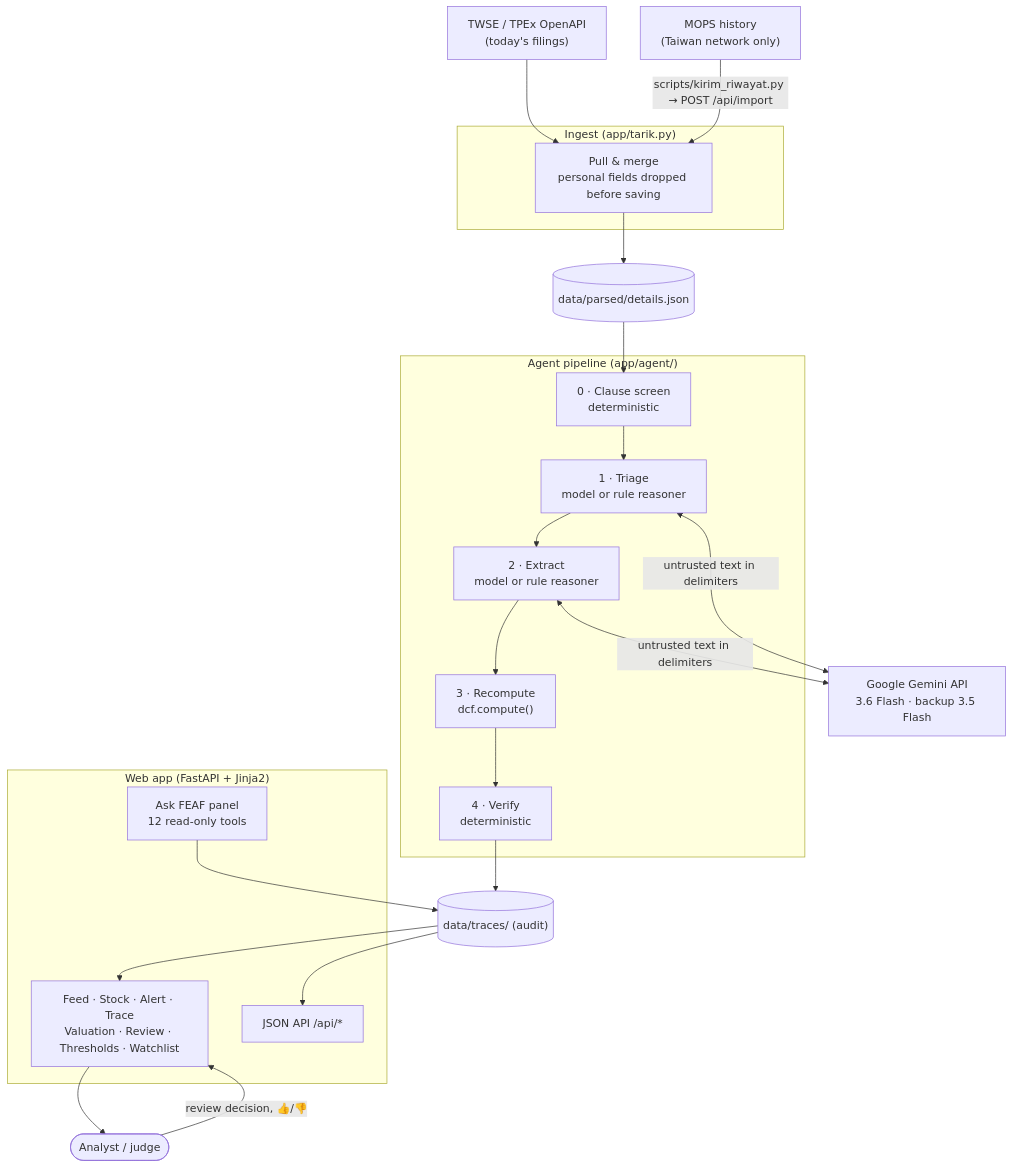
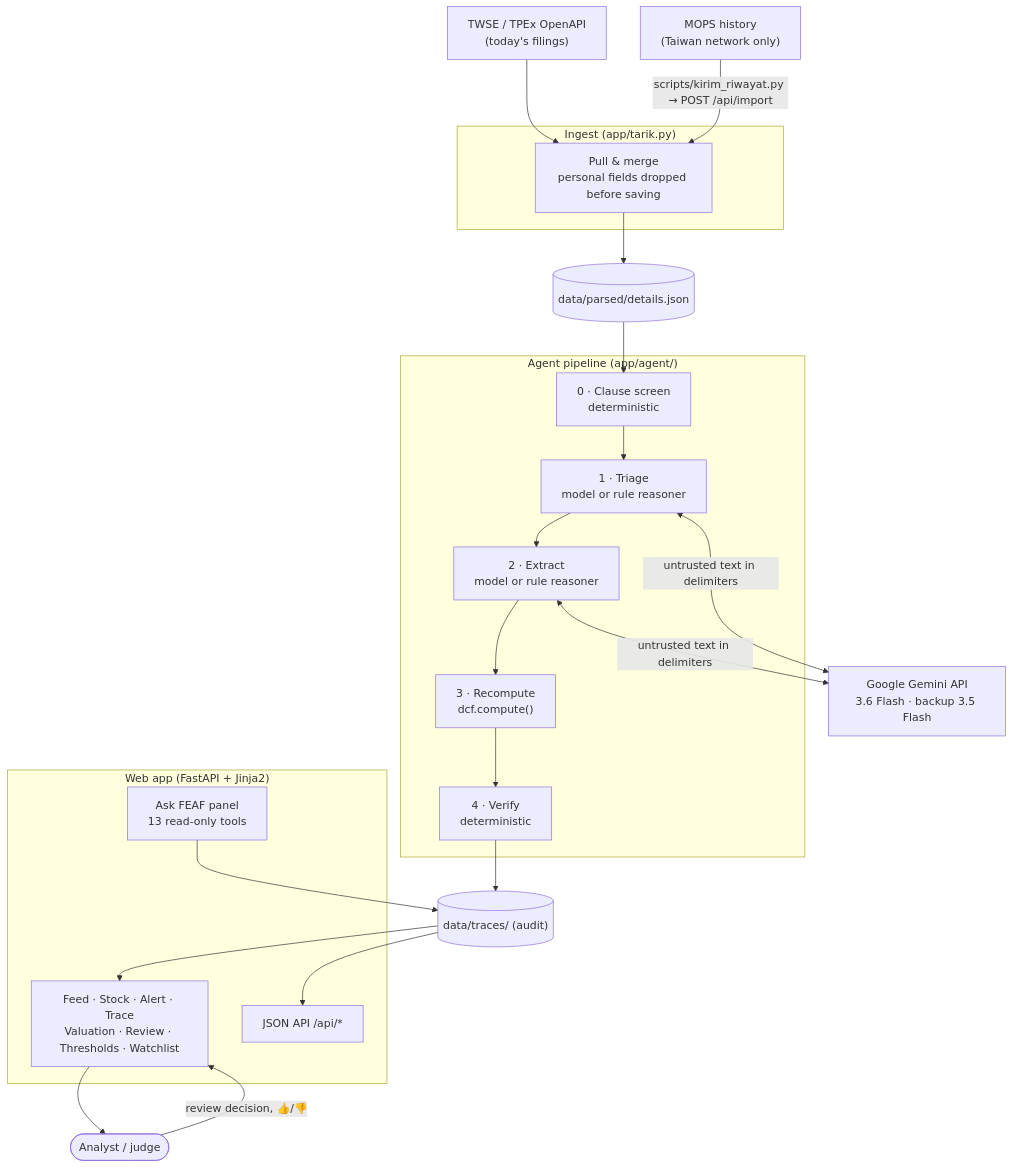
The first of 3 diagrams in README.md (Kenfinn/feaf), drawn with Mermaid before and after one commit. The commit also changed other lines of this file and 3 other files, not shown here.

````diff
--- a/README.md
+++ b/README.md
@@ -70,35 +83,35 @@
 ```mermaid
 graph TD
     TWSE["TWSE / TPEx OpenAPI<br/>(today's filings)"] --> Pull
     MOPS["MOPS history<br/>(Taiwan network only)"] -->|scripts/kirim_riwayat.py → POST /api/import| Pull
 
     subgraph Ingest ["Ingest (app/tarik.py)"]
         Pull["Pull & merge<br/>personal fields dropped before saving"]
     end
 
     Pull --> Store[("data/parsed/details.json")]
 
     subgraph Agent ["Agent pipeline (app/agent/)"]
         S0["0 · Clause screen<br/>deterministic"]
         S1["1 · Triage<br/>model or rule reasoner"]
         S2["2 · Extract<br/>model or rule reasoner"]
         S3["3 · Recompute<br/>dcf.compute()"]
         S4["4 · Verify<br/>deterministic"]
         S0 --> S1 --> S2 --> S3 --> S4
     end
 
     Store --> S0
     S1 & S2 <-->|untrusted text in delimiters| Gemini["Google Gemini API<br/>3.6 Flash · backup 3.5 Flash"]
     S4 --> Traces[("data/traces/ (audit)")]
 
     subgraph Web ["Web app (FastAPI + Jinja2)"]
         Pages["Feed · Stock · Alert · Trace<br/>Valuation · Review · Thresholds · Watchlist"]
-        Chat["Ask FEAF panel<br/>12 read-only tools"]
+        Chat["Ask FEAF panel<br/>13 read-only tools"]
         API["JSON API /api/*"]
     end
 
     Traces --> Pages & API
     Chat --> Traces
     Pages --> User(["Analyst / judge"])
     User -->|review decision, 👍/👎| Pages
 ```
````
